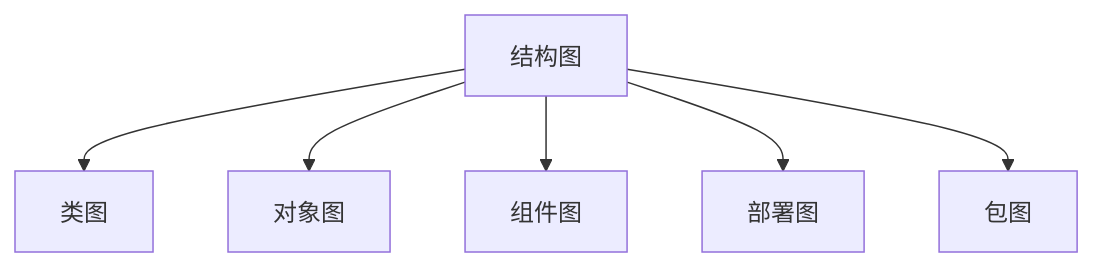
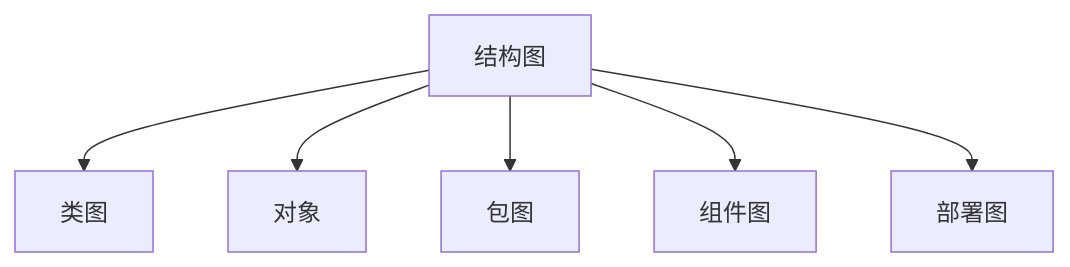
One commit to zhouxinbin/Notes changed the first of 2 diagrams in School/专业课/软件系统分析与设计.md. Above: the diagram before and after it, drawn with Mermaid. The commit also changed other lines of this file and 3 other files, not shown here.

````diff
--- a/School/专业课/软件系统分析与设计.md
+++ b/School/专业课/软件系统分析与设计.md
@@ -120,9 +120,9 @@
 ```mermaid
 graph TD
 
 结构图 --> 类图
-结构图 --> 对象图
+结构图 --> 对象
+结构图 --> 包图
 结构图 --> 组件图
 结构图 --> 部署图
-结构图 --> 包图
 ```
````
